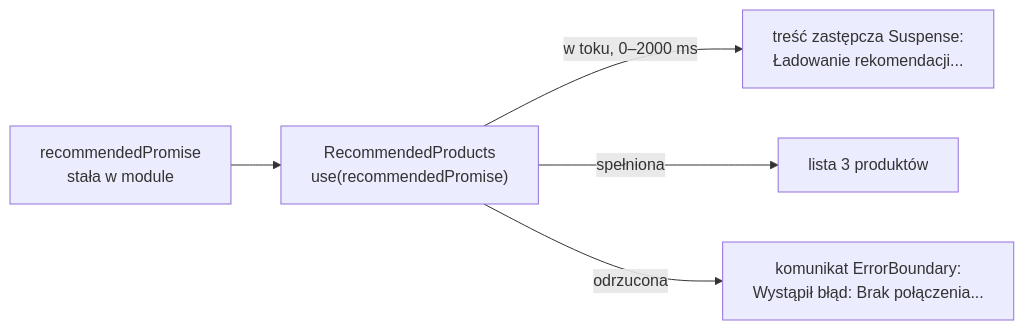
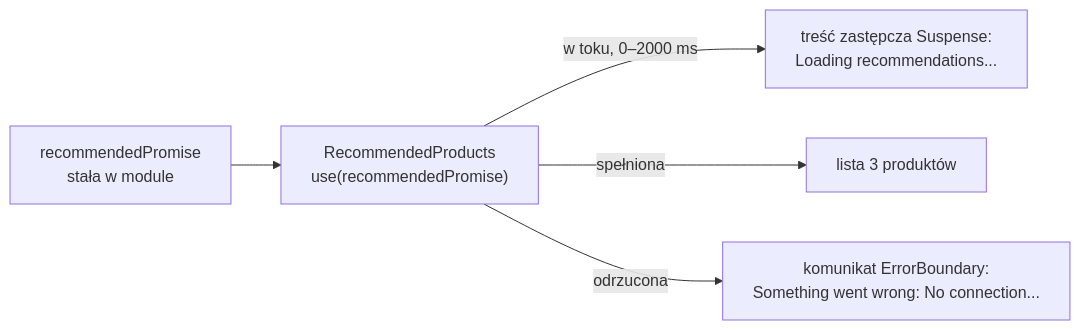
Before and after one commit to mmiotk/frontend-development-ug: the diagram in lecture04/slides/slide_10_granice-razem.md, drawn with Mermaid. The commit also changed other lines of this file and 127 other files, not shown here.

````diff
--- a/lecture04/slides/slide_10_granice-razem.md
+++ b/lecture04/slides/slide_10_granice-razem.md
@@ -86,8 +86,8 @@
 ```mermaid
 %%{init: {"flowchart": {"wrappingWidth": 360}}}%%
 flowchart LR
     P["recommendedPromise<br/>stała w module"] --> U["RecommendedProducts<br/>use(recommendedPromise)"]
-    U -->|"w toku, 0–2000 ms"| F1["treść zastępcza Suspense:<br/>Ładowanie rekomendacji..."]
+    U -->|"w toku, 0–2000 ms"| F1["treść zastępcza Suspense:<br/>Loading recommendations..."]
     U -->|"spełniona"| F2["lista 3 produktów"]
-    U -->|"odrzucona"| F3["komunikat ErrorBoundary:<br/>Wystąpił błąd: Brak połączenia..."]
+    U -->|"odrzucona"| F3["komunikat ErrorBoundary:<br/>Something went wrong: No connection..."]
 ```
````
